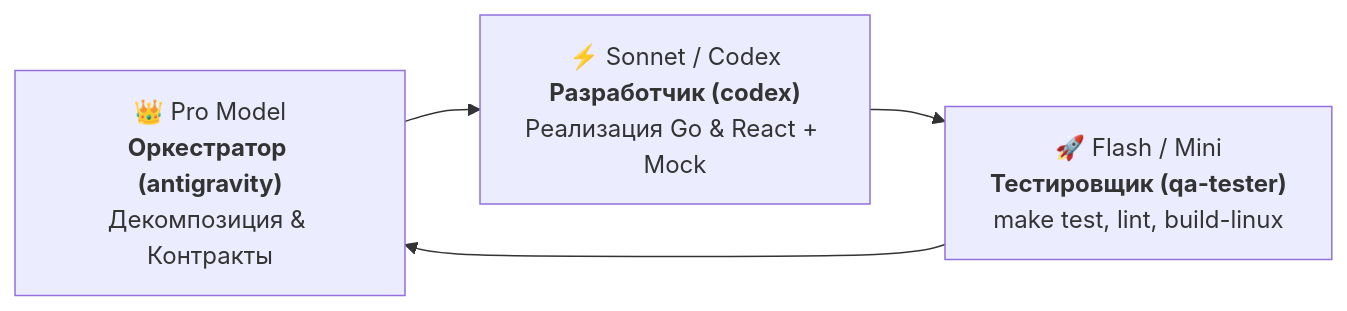
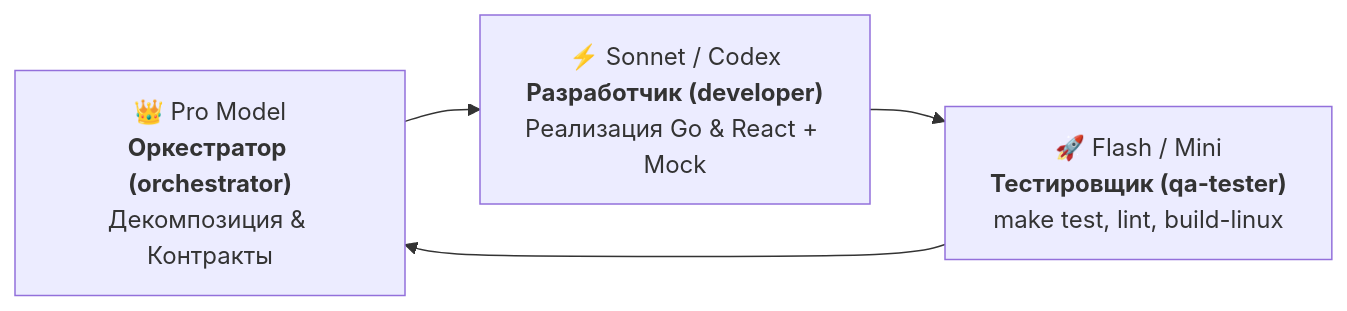
The second of 2 diagrams in AGENTS.md (OstKost/avari-keys), drawn with Mermaid before and after one commit. The commit also changed other lines of this file and 5 other files, not shown here.

````diff
--- a/AGENTS.md
+++ b/AGENTS.md
@@ -203,6 +204,6 @@
 ```mermaid
 flowchart LR
-    A["👑 Pro Model<br/><b>Оркестратор (antigravity)</b><br/>Декомпозиция & Контракты"] --> B["⚡ Sonnet / Codex<br/><b>Разработчик (codex)</b><br/>Реализация Go & React + Mock"]
+    A["👑 Pro Model<br/><b>Оркестратор (orchestrator)</b><br/>Декомпозиция & Контракты"] --> B["⚡ Sonnet / Codex<br/><b>Разработчик (developer)</b><br/>Реализация Go & React + Mock"]
     B --> C["🚀 Flash / Mini<br/><b>Тестировщик (qa-tester)</b><br/>make test, lint, build-linux"]
     C --> A
 ```
````
